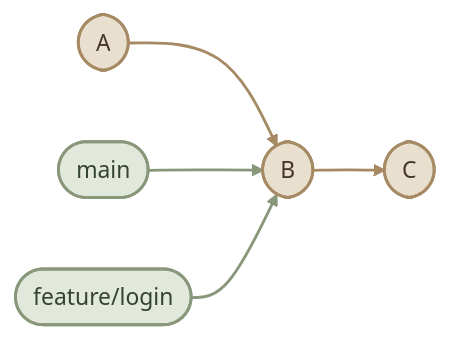
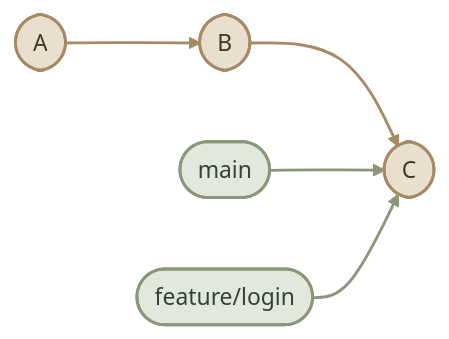
One commit to mustafammasoud/ops-handbook changed the second of 9 diagrams in content/version-control/Git and GitHub/branching-and-merging.mdx. Above: the diagram before and after it, drawn with Mermaid.

Commit message:
docs(version control): editint in content

````diff
--- a/content/version-control/Git and GitHub/branching-and-merging.mdx
+++ b/content/version-control/Git and GitHub/branching-and-merging.mdx
@@ -51,16 +51,16 @@
 ```mermaid
 flowchart LR
     A(["A"]) --> B(["B"]) --> C(["C"])
 
-    MAIN(["main"]) --> B
-    FEATURE(["feature/login"]) --> B
+    MAIN(["main"]) --> C
+    FEATURE(["feature/login"]) --> C
 
     classDef commit fill:#E9DFCE,stroke:#A68A64,color:#443629,stroke-width:2px
     classDef branch fill:#E3E8DC,stroke:#89977B,color:#344333,stroke-width:2px
 
     class A,B,C commit
     class MAIN,FEATURE branch
 
     linkStyle 0,1 stroke:#A68A64,stroke-width:2px
     linkStyle 2,3 stroke:#89977B,stroke-width:2px
 ```
````
